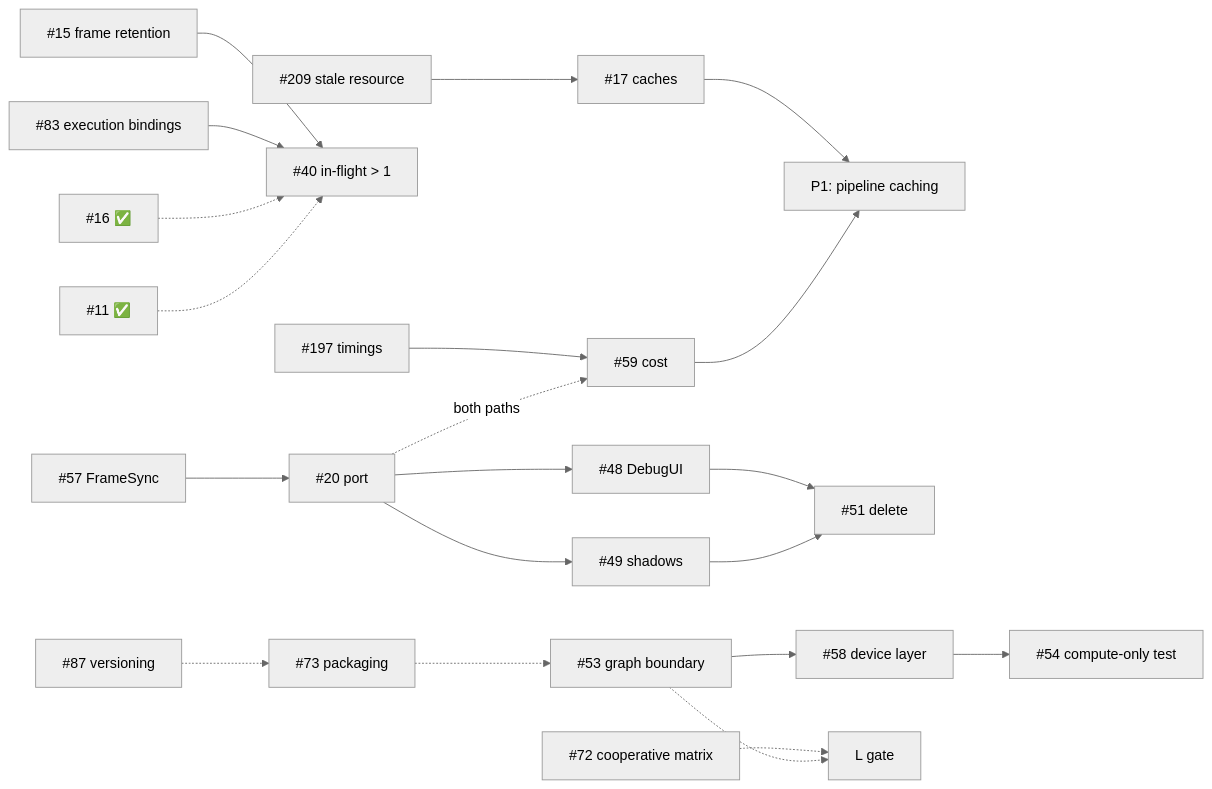
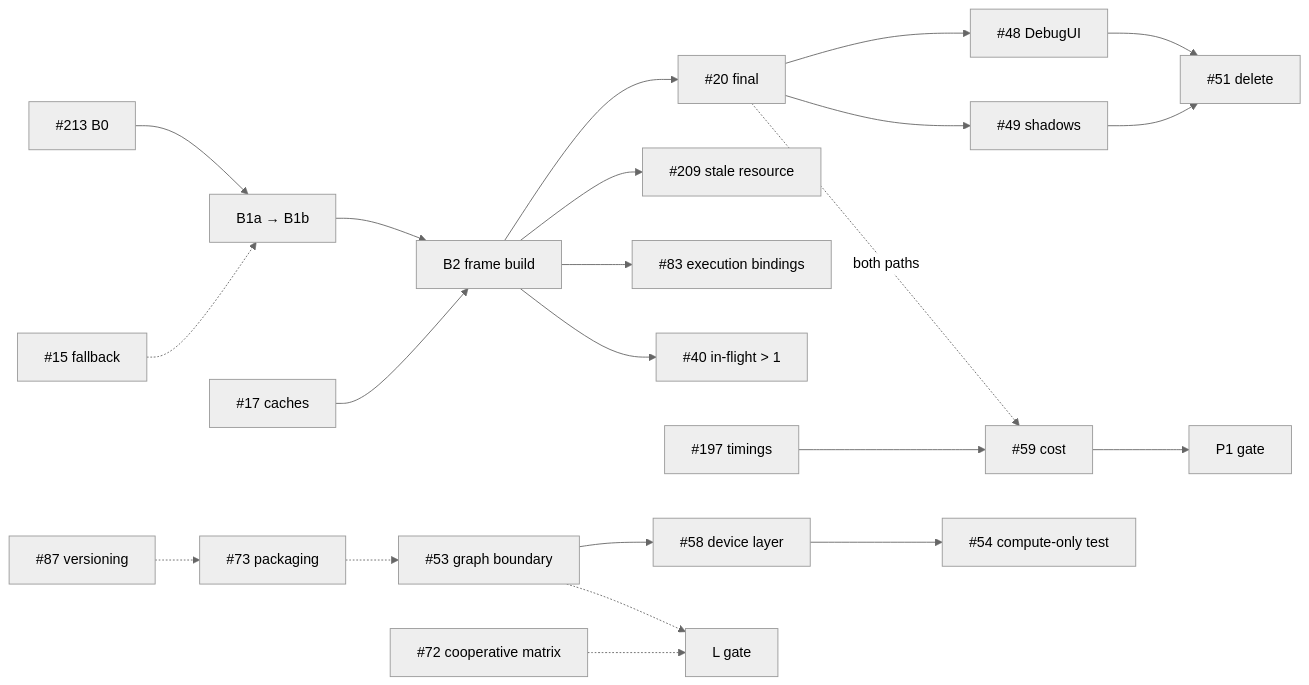
The fourth of 4 diagrams in docs/Roadmap-Visual.md (v3c70r/Muyo), drawn with Mermaid (neutral theme) before and after one commit. The commit also changed other lines of this file and 1 other file, not shown here.

First line of the commit message:
docs: add the B descriptor-heap track to the roadmap (#214)

````diff
--- a/docs/Roadmap-Visual.md
+++ b/docs/Roadmap-Visual.md
@@ -155,21 +169,22 @@
 ```mermaid
 flowchart LR
-    I209["#209 stale resource"] --> I17["#17 caches"]
-    I17 --> P1G["P1: pipeline caching"]
-    I15["#15 frame retention"] --> I40["#40 in-flight > 1"]
-    I83["#83 execution bindings"] --> I40
-    I16["#16 ✅"] -.-> I40
-    I11["#11 ✅"] -.-> I40
-    I57["#57 FrameSync"] --> I20["#20 port"]
+    I213["#213 B0"] --> B1["B1a → B1b"]
+    B1 --> B2["B2 frame build"]
+    B2 --> I20["#20 final"]
+    I15["#15 fallback"] -.-> B1
+    I17["#17 caches"] --> B2
+    B2 --> I209["#209 stale resource"]
+    B2 --> I83["#83 execution bindings"]
+    B2 --> I40["#40 in-flight > 1"]
     I20 --> I48["#48 DebugUI"]
     I20 --> I49["#49 shadows"]
     I48 --> I51["#51 delete"]
     I49 --> I51
-    I197["#197 timings"] --> I59["#59 cost"] --> P1G
+    I197["#197 timings"] --> I59["#59 cost"] --> P1G["P1 gate"]
     I20 -. both paths .-> I59
     I53["#53 graph boundary"] --> I58["#58 device layer"] --> I54["#54 compute-only test"]
     I73["#73 packaging"] -.-> I53
     I87["#87 versioning"] -.-> I73
     I72["#72 cooperative matrix"] -.-> LG["L gate"]
     I53 -.-> LG
 ```
````
